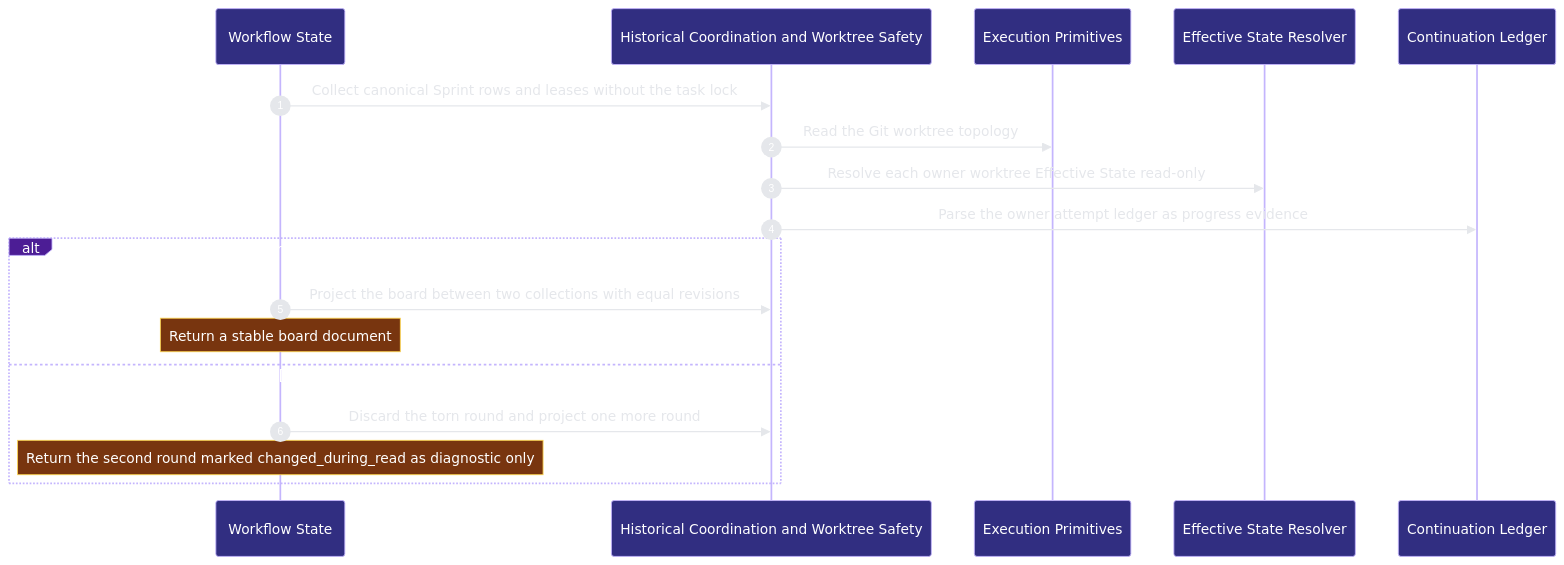
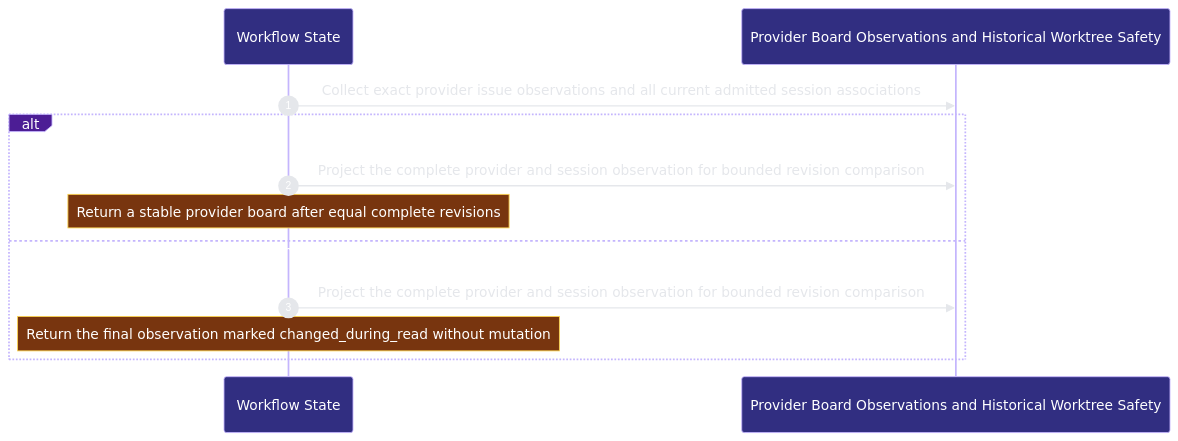
Before and after one commit to Ancienttwo/repo-harness: the second of 3 diagrams in docs/architecture/modules/workflow-engine/workflow-state.md, drawn with Mermaid. The commit also changed other lines of this file and 27 other files, not shown here.

First line of the commit message:
chore(projection): refresh generated architecture outputs for main@bbf18043e43e

````diff
--- a/docs/architecture/modules/workflow-engine/workflow-state.md
+++ b/docs/architecture/modules/workflow-engine/workflow-state.md
@@ -132,21 +116,15 @@
 ```mermaid
 %%{init: {"theme":"base","themeVariables":{"background":"#0d1117","actorBkg":"#312e81","actorBorder":"#c4b5fd","actorTextColor":"#ffffff","signalColor":"#e5e7eb","signalTextColor":"#e5e7eb","labelBoxBkgColor":"#4c1d95","labelBoxBorderColor":"#c4b5fd","labelTextColor":"#ffffff","noteBkgColor":"#78350f","noteBorderColor":"#fcd34d","noteTextColor":"#ffffff","sequenceNumberColor":"#ffffff"}}}%%
 sequenceDiagram
   autonumber
   participant p2_capability_4262990f as Workflow State
-  participant p2_plane_fe9f6ceb as Historical Coordination and Worktree Safety
-  participant p2_primitives_8dae000d as Execution Primitives
-  participant p2_resolver_55db5581 as Effective State Resolver
-  participant p2_ledger_bccca523 as Continuation Ledger
-  p2_capability_4262990f->>p2_plane_fe9f6ceb: Collect canonical Sprint rows and leases without the task lock
-  p2_plane_fe9f6ceb->>p2_primitives_8dae000d: Read the Git worktree topology
-  p2_plane_fe9f6ceb->>p2_resolver_55db5581: Resolve each owner worktree Effective State read-only
-  p2_plane_fe9f6ceb->>p2_ledger_bccca523: Parse the owner attempt ledger as progress evidence
+  participant p2_plane_fe9f6ceb as Provider Board Observations and Historical Worktree Safety
+  p2_capability_4262990f->>p2_plane_fe9f6ceb: Collect exact provider issue observations and all current admitted session associations
   alt Board revisions match before and after the projection
-  p2_capability_4262990f->>p2_plane_fe9f6ceb: Project the board between two collections with equal revisions
-    Note over p2_capability_4262990f: Return a stable board document
-  else Inputs move during both rounds
-  p2_capability_4262990f->>p2_plane_fe9f6ceb: Discard the torn round and project one more round
-    Note over p2_capability_4262990f: Return the second round marked changed_during_read as diagnostic only
+  p2_capability_4262990f->>p2_plane_fe9f6ceb: Project the complete provider and session observation for bounded revision comparison
+    Note over p2_capability_4262990f: Return a stable provider board after equal complete revisions
+  else Complete observations keep changing through the bounded retry
+  p2_capability_4262990f->>p2_plane_fe9f6ceb: Project the complete provider and session observation for bounded revision comparison
+    Note over p2_capability_4262990f: Return the final observation marked changed_during_read without mutation
   end
 ```
````
